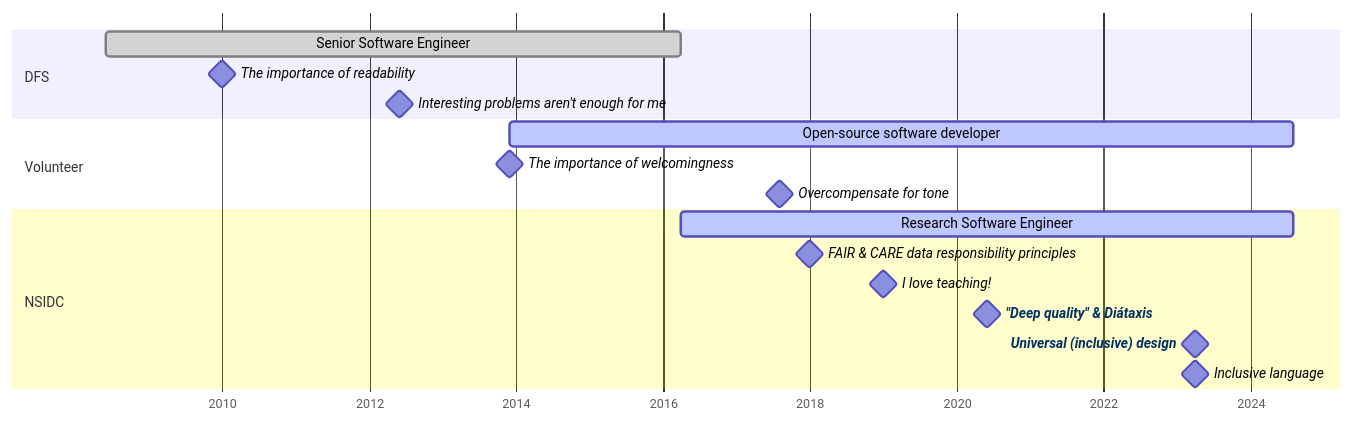
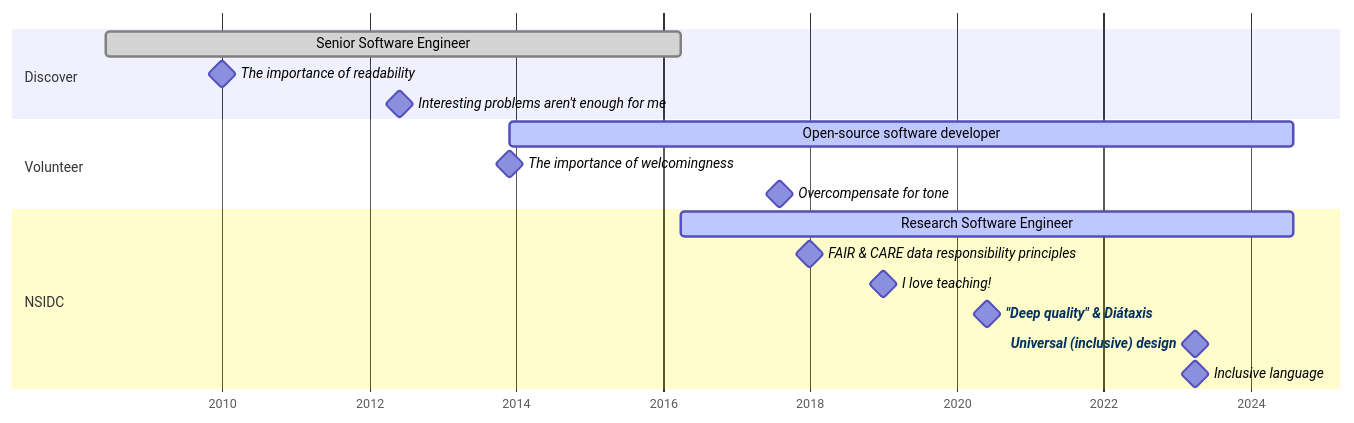
The second of 2 diagrams in index.qmd (mfisher87/presentation-self), drawn with Mermaid before and after one commit. The commit also changed other lines of this file, not shown here.

Commit message:
Simplify first diagram and speaker notes

````diff
--- a/index.qmd
+++ b/index.qmd
@@ -166,30 +161,30 @@
 ```{mermaid}
 %% NOTE: Prefix `pfx-` is used to workaround a bug:
 %%       https://github.com/quarto-dev/quarto-cli/issues/10455
 gantt
   dateFormat YYYY-MM
   axisFormat %Y
 
-  Section DFS
+  Section Discover
     Senior Software Engineer                     :done, pfx-dfs, 2008-06, 2016-04
     The importance of readability                :milestone, pfx-readability, 2010-01, 1d
     Interesting problems aren't enough for me    :milestone, pfx-impact, 2012-06, 1d
 
   Section Volunteer
     Open-source software developer               :active, pfx-oss, 2013-12, 2024-08
     The importance of welcomingness              :milestone, pfx-welcoming, 2013-12, 1d
     Overcompensate for tone                      :milestone, pfx-tone, 2017-08, 1d
 
 
   Section NSIDC
     Research Software Engineer                   :active, pfx-nsidc, after pfx-dfs, 2024-08
     FAIR & CARE data responsibility principles   :milestone, pfx-faircare, 2018-01, 1d
     I love teaching!                             :milestone, pfx-teaching, 2019-01, 1d
     "Deep quality" & Diátaxis                    :milestone, pfx-diataxis, 2020-06, 1d
     Universal (inclusive) design                 :milestone, pfx-inclusive-design, 2023-04, 1d
     Inclusive language                           :milestone, pfx-inclusive-lang, 2023-04, 1d
 
 
   click pfx-diataxis href "https://www.diataxis.fr/"
   click pfx-inclusive-design href "https://alexjs.com/"
 ```
````
